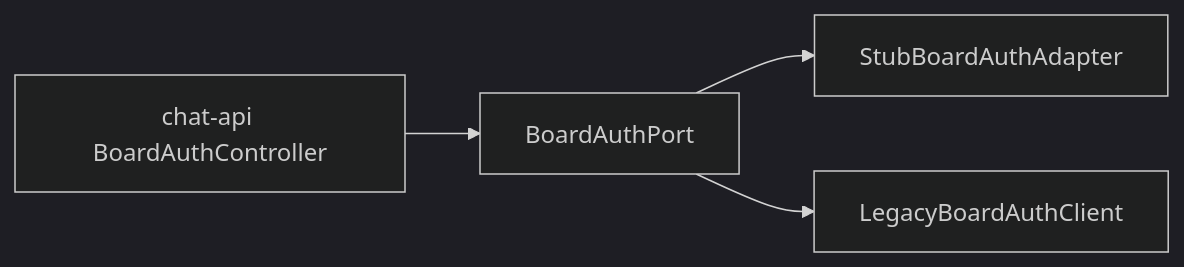
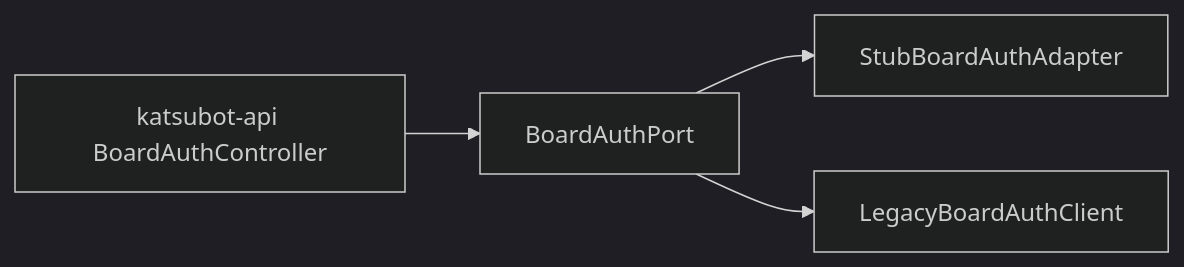
The diagram in docs/archive/KC-007/superseded/board-auth-bridge.md (katsulabs/katsulabs-katsubot), drawn with Mermaid (dark theme) before and after one commit. The commit also changed other lines of this file and 34 other files, not shown here.

First line of the commit message:
docs(KC-007-modernization): katsubot-api/web 리네임 및 마이그레이션 문서 갱신

````diff
--- a/docs/archive/KC-007/superseded/board-auth-bridge.md
+++ b/docs/archive/KC-007/superseded/board-auth-bridge.md
@@ -23,11 +23,11 @@
 ```mermaid
 flowchart LR
-  API[chat-api BoardAuthController]
+  API[katsubot-api BoardAuthController]
   Port[BoardAuthPort]
   Stub[StubBoardAuthAdapter]
   Legacy[LegacyBoardAuthClient]
 
   API --> Port
   Port --> Stub
   Port --> Legacy
 ```
````
